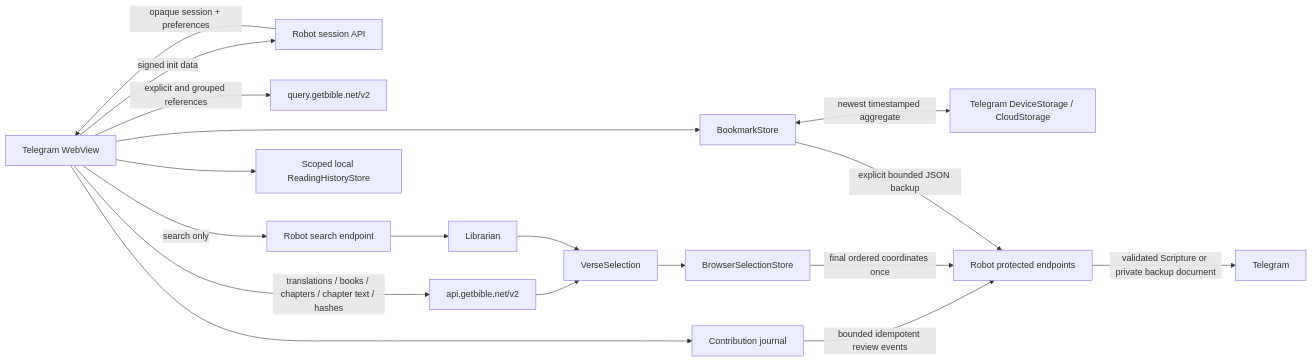
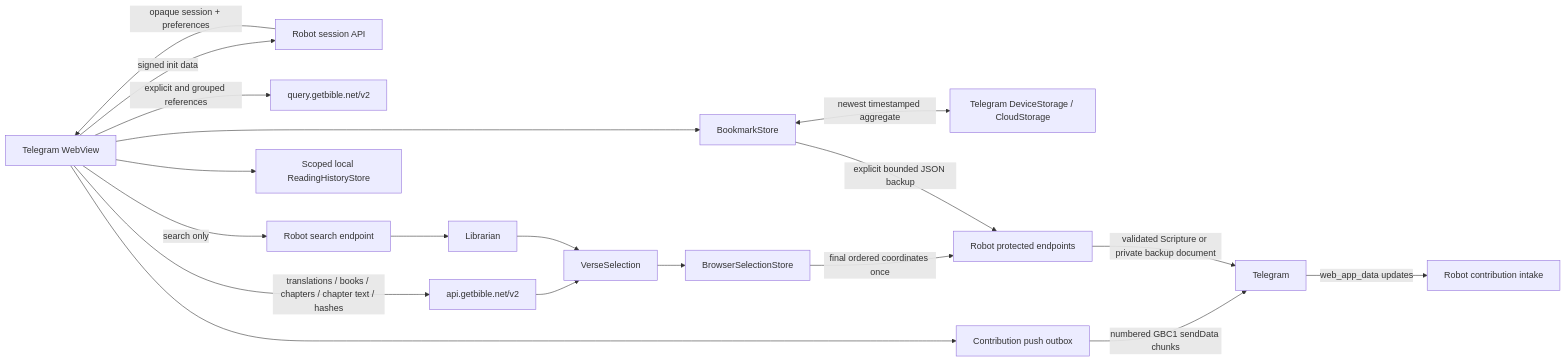
The diagram in docs/BROWSER_DATA.md (getbible/robot), drawn with Mermaid before and after one commit. The commit also changed other lines of this file and 2 other files, not shown here.

Commit message:
WIP: continue the release-gate and browser-data doctrine rewrite

````diff
--- a/docs/BROWSER_DATA.md
+++ b/docs/BROWSER_DATA.md
@@ -59,20 +60,21 @@
 ```mermaid
 flowchart LR
     T[Telegram WebView] -->|signed init data| S[Robot session API]
     S -->|opaque session + preferences| T
     T -->|translations / books / chapters / chapter text / hashes| A[api.getbible.net/v2]
     T -->|explicit and grouped references| Q[query.getbible.net/v2]
     T -->|search only| R[Robot search endpoint]
     R --> L[Librarian]
     A --> V[VerseSelection]
     L --> V
     V --> B[BrowserSelectionStore]
     T --> H[Scoped local ReadingHistoryStore]
     T --> M[BookmarkStore]
     M <-->|newest timestamped aggregate| TS[Telegram DeviceStorage / CloudStorage]
-    T --> C[Contribution journal]
-    C -->|bounded idempotent review events| P
+    T --> C[Contribution push outbox]
+    C -->|numbered GBC1 sendData chunks| G
+    G -->|web_app_data updates| I[Robot contribution intake]
     B -->|final ordered coordinates once| P[Robot protected endpoints]
     M -->|explicit bounded JSON backup| P
     P -->|validated Scripture or private backup document| G[Telegram]
 ```
````
